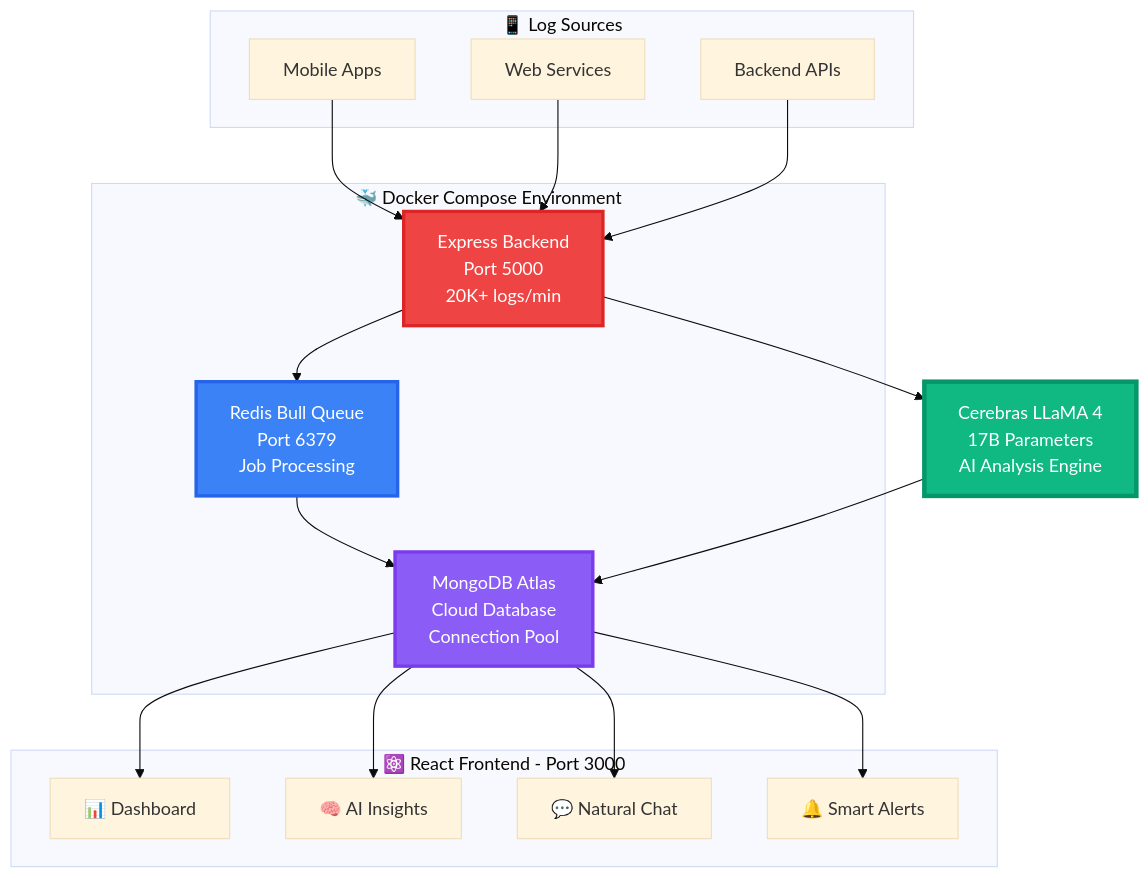
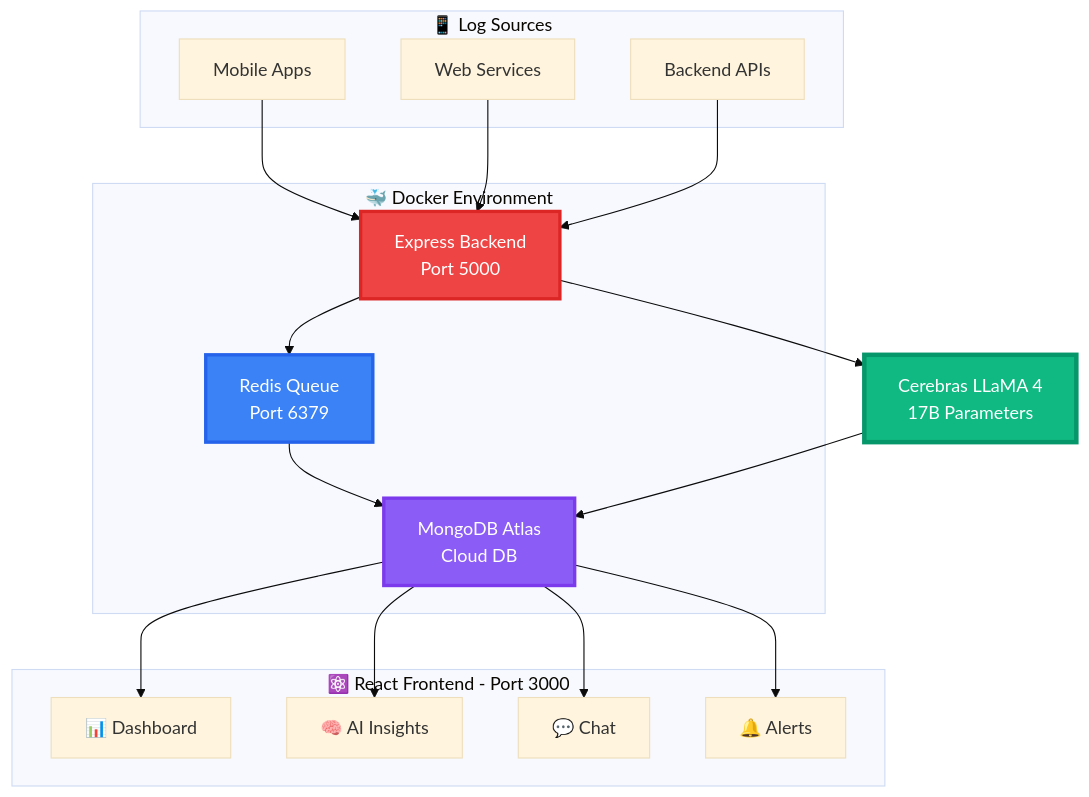
The diagram in README.md (SuvitKumar003/Team--Ananta-), drawn with Mermaid (base theme) before and after one commit. The commit also changed other lines of this file, not shown here.

````diff
--- a/README.md
+++ b/README.md
@@ -142,40 +104,40 @@
 ```mermaid
 graph TB
     subgraph "📱 Log Sources"
         A1[Mobile Apps]
         A2[Web Services]
         A3[Backend APIs]
     end
-
-    subgraph "🐳 Docker Compose Environment"
-        B[Express Backend<br/>Port 5000<br/>20K+ logs/min]
-        C[Redis Bull Queue<br/>Port 6379<br/>Job Processing]
-        D[MongoDB Atlas<br/>Cloud Database<br/>Connection Pool]
+    
+    subgraph "🐳 Docker Environment"
+        B[Express Backend<br/>Port 5000]
+        C[Redis Queue<br/>Port 6379]
+        D[MongoDB Atlas<br/>Cloud DB]
     end
-
-    E[Cerebras LLaMA 4<br/>17B Parameters<br/>AI Analysis Engine]
-
+    
+    E[Cerebras LLaMA 4<br/>17B Parameters]
+    
     subgraph "⚛️ React Frontend - Port 3000"
         F1[📊 Dashboard]
         F2[🧠 AI Insights]
-        F3[💬 Natural Chat]
-        F4[🔔 Smart Alerts]
+        F3[💬 Chat]
+        F4[🔔 Alerts]
     end
-
+    
     A1 --> B
     A2 --> B
     A3 --> B
     B --> C
     C --> D
     B --> E
     E --> D
     D --> F1
     D --> F2
     D --> F3
     D --> F4
-
+    
     style E fill:#10b981,stroke:#059669,stroke-width:4px,color:#fff
     style B fill:#ef4444,stroke:#dc2626,stroke-width:3px,color:#fff
     style C fill:#3b82f6,stroke:#2563eb,stroke-width:3px,color:#fff
     style D fill:#8b5cf6,stroke:#7c3aed,stroke-width:3px,color:#fff
 ```
````
